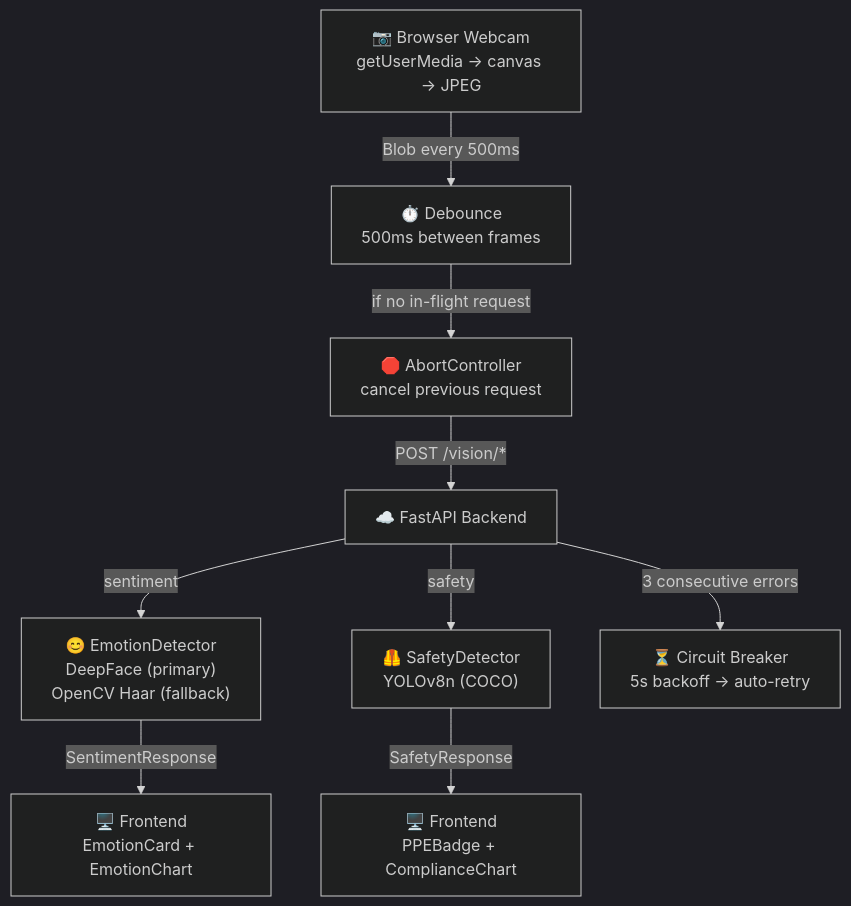
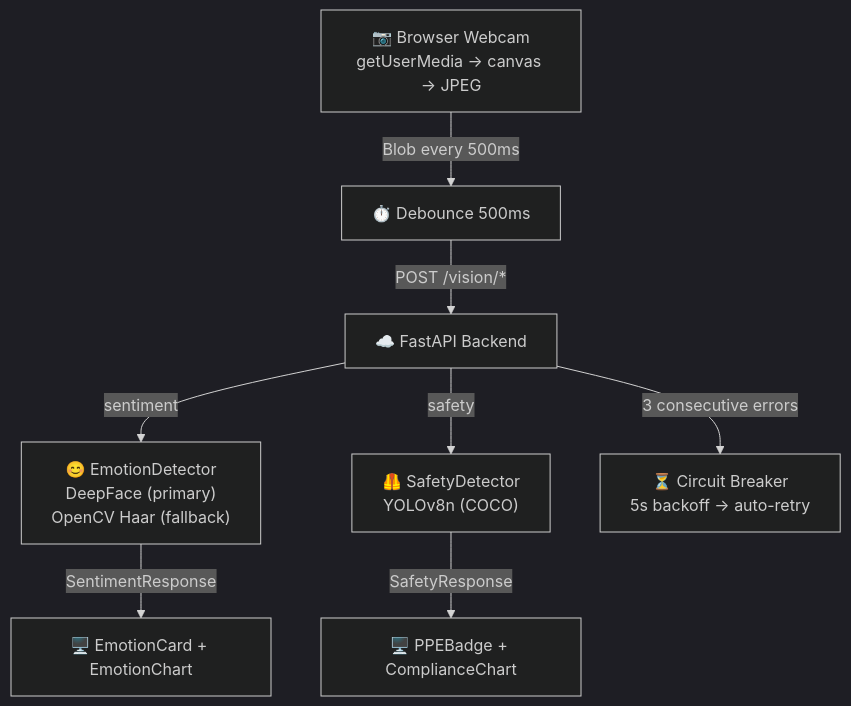
The fifth of 5 diagrams in README.md (mcastiblancoa/Huawei-Cloud-Smart-Assistant), drawn with Mermaid (dark theme) before and after one commit. The commit also changed other lines of this file and 12 other files, not shown here.

````diff
--- a/README.md
+++ b/README.md
@@ -952,15 +145,14 @@
 ```mermaid
 graph TD
     CAM["📷 Browser Webcam<br/>getUserMedia → canvas → JPEG"]
-    CAM -->|Blob every 500ms| DEB["⏱️ Debounce<br/>500ms between frames"]
-    DEB -->|if no in-flight request| ABORT["🛑 AbortController<br/>cancel previous request"]
-    ABORT -->|POST /vision/*| API["☁️ FastAPI Backend"]
+    CAM -->|Blob every 500ms| DEB["⏱️ Debounce 500ms"]
+    DEB -->|POST /vision/*| API["☁️ FastAPI Backend"]
 
     API -->|sentiment| SENT["😊 EmotionDetector<br/>DeepFace (primary)<br/>OpenCV Haar (fallback)"]
     API -->|safety| SAFE["🦺 SafetyDetector<br/>YOLOv8n (COCO)"]
 
-    SENT -->|SentimentResponse| UI["🖥️ Frontend<br/>EmotionCard + EmotionChart"]
-    SAFE -->|SafetyResponse| UI2["🖥️ Frontend<br/>PPEBadge + ComplianceChart"]
+    SENT -->|SentimentResponse| UI["🖥️ EmotionCard + EmotionChart"]
+    SAFE -->|SafetyResponse| UI2["🖥️ PPEBadge + ComplianceChart"]
 
     API -->|3 consecutive errors| BACKOFF["⏳ Circuit Breaker<br/>5s backoff → auto-retry"]
 ```
````
